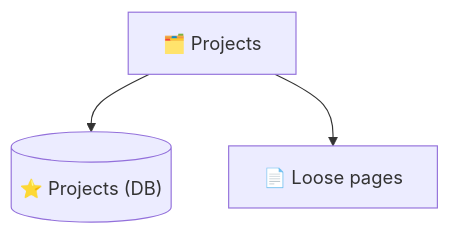
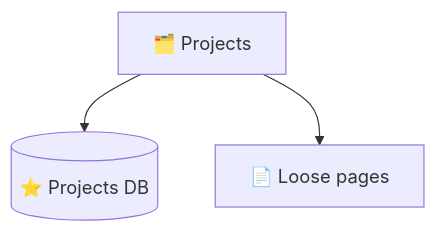
The seventh of 12 diagrams in workflow/personal_productivity_system.md (dcop7/tips_and_guides), drawn with Mermaid before and after one commit. The commit also changed other lines of this file, not shown here.

````diff
--- a/workflow/personal_productivity_system.md
+++ b/workflow/personal_productivity_system.md
@@ -340,5 +340,5 @@
 ```mermaid
 graph TD
-    Projects["🗂️ Projects"] --> PDB[("⭐ Projects (DB)")]
+    Projects["🗂️ Projects"] --> PDB[("⭐ Projects DB")]
     Projects --> Loose["📄 Loose pages"]
 ```
````
